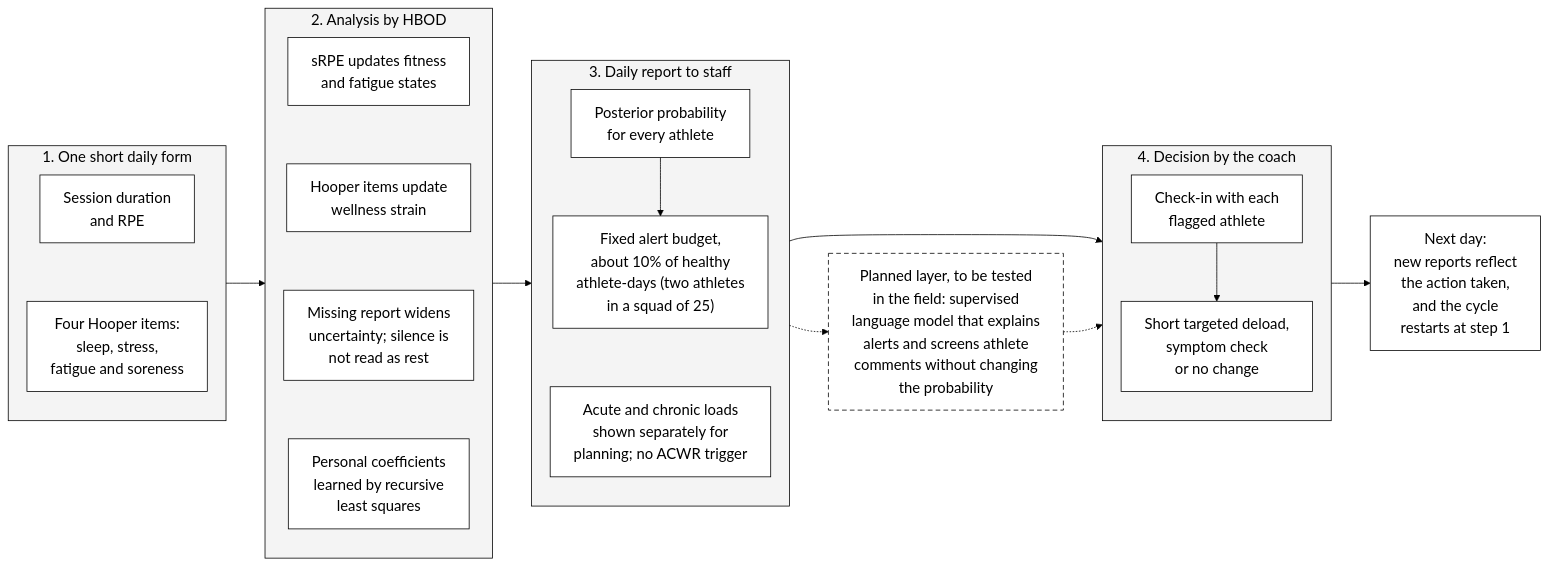
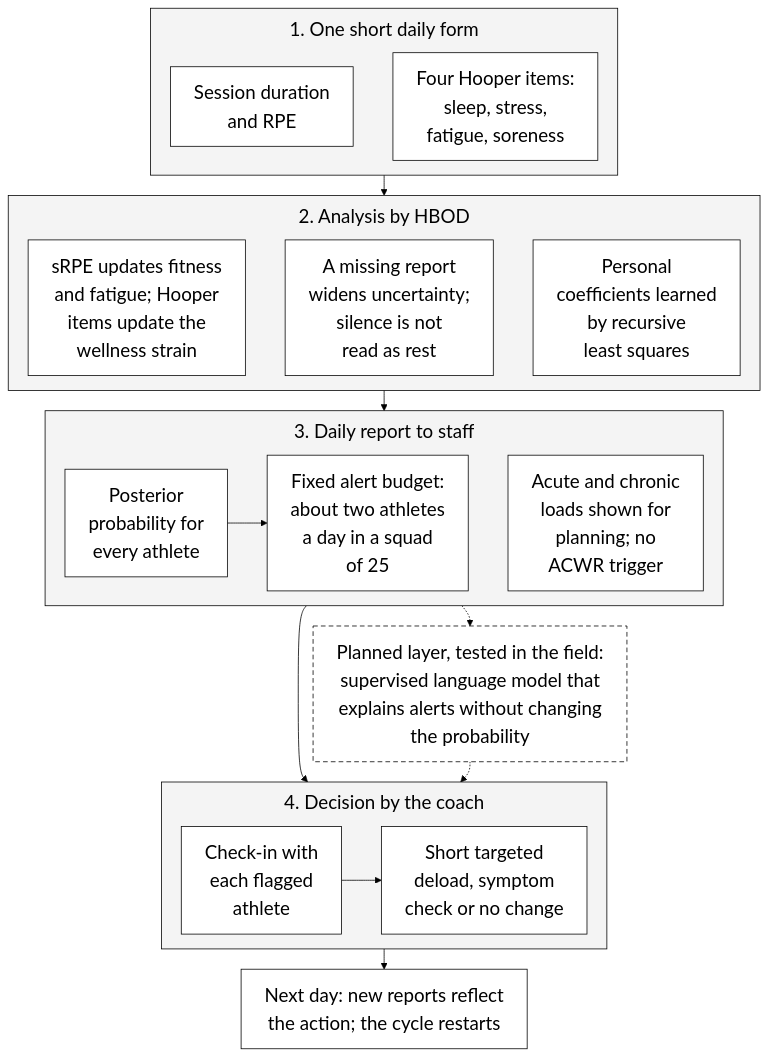
One commit to sabri0/HBOD changed the diagram in simulation/figures/fig9.mmd. Above: the diagram before and after it, drawn with Mermaid. The commit also changed 4 other files, not shown here.

```diff
--- a/simulation/figures/fig9.mmd
+++ b/simulation/figures/fig9.mmd
@@ -1,36 +1,35 @@
-%%{init: {"theme":"base","themeVariables":{"fontFamily":"Arial","fontSize":"19px","primaryColor":"#ffffff","primaryBorderColor":"#000000","lineColor":"#000000","primaryTextColor":"#000000","clusterBkg":"#f4f4f4","clusterBorder":"#000000"},"flowchart":{"wrappingWidth":260,"nodeSpacing":28,"rankSpacing":50}}}%%
-flowchart LR
+%%{init: {"theme":"base","themeVariables":{"fontFamily":"Arial","fontSize":"24px","primaryColor":"#ffffff","primaryBorderColor":"#000000","lineColor":"#000000","primaryTextColor":"#000000","clusterBkg":"#f4f4f4","clusterBorder":"#000000"},"flowchart":{"wrappingWidth":420,"nodeSpacing":18,"rankSpacing":26,"subGraphTitleMargin":{"top":8,"bottom":30}}}}%%
+flowchart TB
   subgraph S1["1. One short daily form"]
-    direction TB
-    A2["Four Hooper items:<br/>sleep, stress,<br/>fatigue and soreness"]
+    direction LR
     A1["Session duration<br/>and RPE"]
+    A2["Four Hooper items:<br/>sleep, stress,<br/>fatigue, soreness"]
     A1 ~~~ A2
   end
   subgraph S2["2. Analysis by HBOD"]
-    direction TB
-    B1["sRPE updates fitness<br/>and fatigue states"]
-    B2["Hooper items update<br/>wellness strain"]
-    B3["Missing report widens<br/>uncertainty; silence is<br/>not read as rest"]
-    B4["Personal coefficients<br/>learned by recursive<br/>least squares"]
-    B1 ~~~ B2 ~~~ B3 ~~~ B4
+    direction LR
+    B1["sRPE updates fitness<br/>and fatigue; Hooper<br/>items update the<br/>wellness strain"]
+    B2["A missing report<br/>widens uncertainty;<br/>silence is not<br/>read as rest"]
+    B3["Personal<br/>coefficients learned<br/>by recursive<br/>least squares"]
+    B1 ~~~ B2 ~~~ B3
   end
   subgraph S3["3. Daily report to staff"]
-    direction TB
-    C1["Posterior probability<br/>for every athlete"]
-    C2["Fixed alert budget,<br/>about 10% of healthy<br/>athlete-days (two athletes<br/>in a squad of 25)"]
-    C3["Acute and chronic loads<br/>shown separately for<br/>planning; no ACWR trigger"]
+    direction LR
+    C1["Posterior<br/>probability for<br/>every athlete"]
+    C2["Fixed alert budget:<br/>about two athletes<br/>a day in a squad<br/>of 25"]
+    C3["Acute and chronic<br/>loads shown for<br/>planning; no<br/>ACWR trigger"]
     C1 --> C2
     C2 ~~~ C3
   end
   subgraph S4["4. Decision by the coach"]
-    direction TB
-    D1["Check-in with each<br/>flagged athlete"]
-    D2["Short targeted deload,<br/>symptom check<br/>or no change"]
+    direction LR
+    D1["Check-in with<br/>each flagged<br/>athlete"]
+    D2["Short targeted<br/>deload, symptom<br/>check or no change"]
     D1 --> D2
   end
-  N["Next day:<br/>new reports reflect<br/>the action taken,<br/>and the cycle<br/>restarts at step 1"]
-  L["Planned layer, to be tested<br/>in the field: supervised<br/>language model that explains<br/>alerts and screens athlete<br/>comments without changing<br/>the probability"]
+  N["Next day: new reports reflect<br/>the action; the cycle restarts"]
+  L["Planned layer, tested in the field:<br/>supervised language model that<br/>explains alerts without changing<br/>the probability"]
   S1 --> S2 --> S3 --> S4 --> N
   S3 -.-> L -.-> S4
   classDef planned stroke-dasharray: 6 4,fill:#ffffff
   class L planned
```
